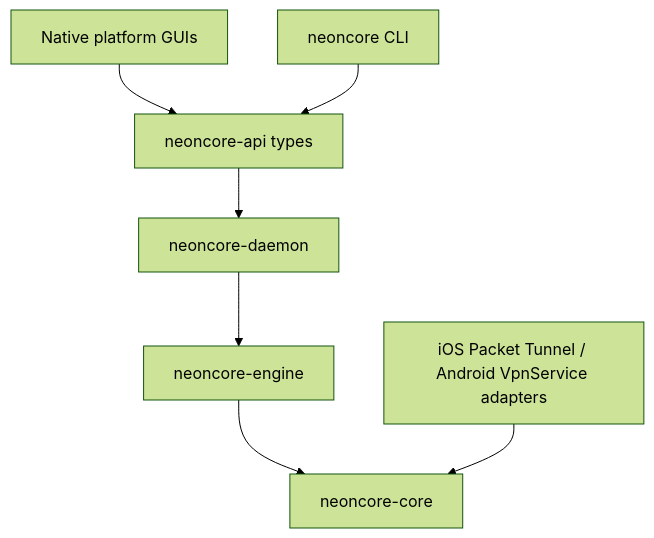
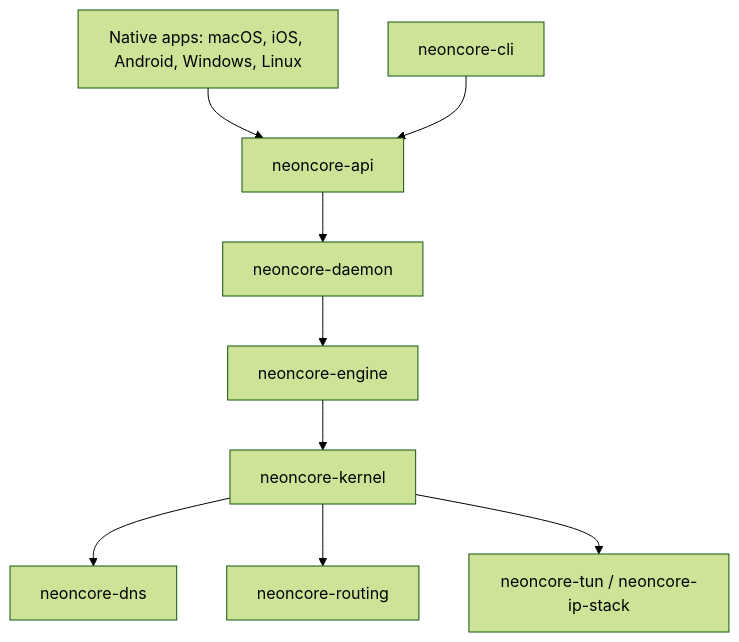
The diagram in README.md (NeonCore-AU/NeonCore-Atlas), drawn with Mermaid (forest theme) before and after one commit. The commit also changed other lines of this file and 128 other files, not shown here.

````diff
--- a/README.md
+++ b/README.md
@@ -9,9 +20,11 @@
 ```mermaid
 flowchart TD
-    GUI[Native platform GUIs] --> API[neoncore-api types]
-    CLI[neoncore CLI] --> API
-    API --> Daemon[neoncore-daemon]
-    Daemon --> Engine[neoncore-engine]
-    Engine --> Core[neoncore-core]
-    Mobile[iOS Packet Tunnel / Android VpnService adapters] --> Core
+    Apps["Native apps: macOS, iOS, Android, Windows, Linux"] --> API["neoncore-api"]
+    CLI["neoncore-cli"] --> API
+    API --> Daemon["neoncore-daemon"]
+    Daemon --> Engine["neoncore-engine"]
+    Engine --> Kernel["neoncore-kernel"]
+    Kernel --> DNS["neoncore-dns"]
+    Kernel --> Routing["neoncore-routing"]
+    Kernel --> Tun["neoncore-tun / neoncore-ip-stack"]
 ```
````
